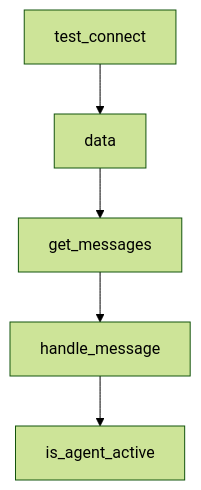
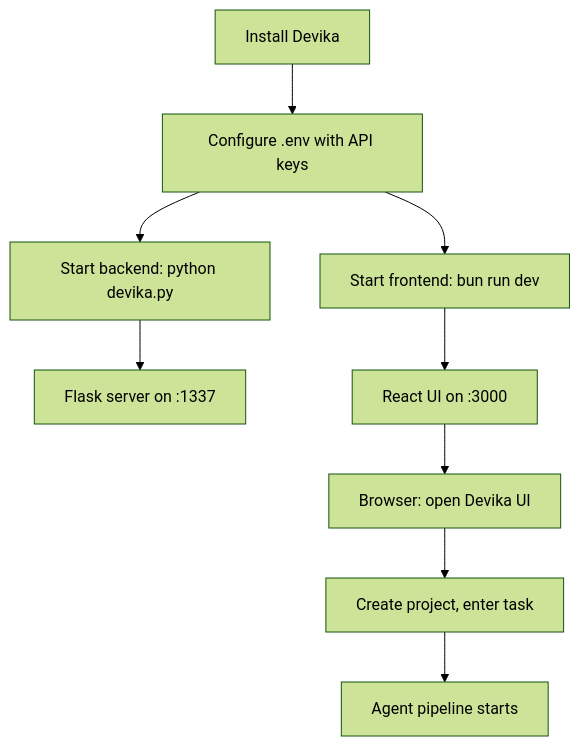
Before and after one commit to johnxie/awesome-code-docs: the diagram in tutorials/devika-tutorial/01-getting-started.md, drawn with Mermaid (forest theme). The commit also changed other lines of this file and 1232 other files, not shown here.

````diff
--- a/tutorials/devika-tutorial/01-getting-started.md
+++ b/tutorials/devika-tutorial/01-getting-started.md
@@ -213,12 +44,11 @@
 ```mermaid
 flowchart TD
-    A[test_connect]
-    B[data]
-    C[get_messages]
-    D[handle_message]
-    E[is_agent_active]
-    A --> B
-    B --> C
-    C --> D
-    D --> E
+    A[Install Devika] --> B[Configure .env with API keys]
+    B --> C[Start backend: python devika.py]
+    B --> D[Start frontend: bun run dev]
+    C --> E[Flask server on :1337]
+    D --> F[React UI on :3000]
+    F --> G[Browser: open Devika UI]
+    G --> H[Create project, enter task]
+    H --> I[Agent pipeline starts]
 ```
````
